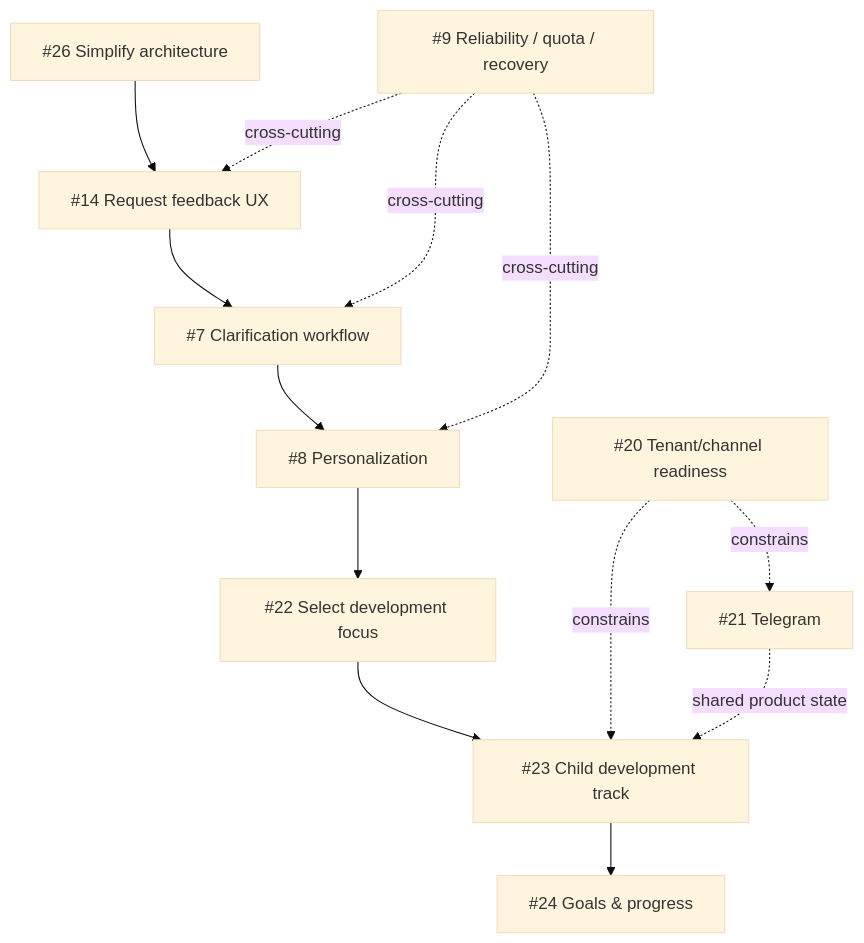
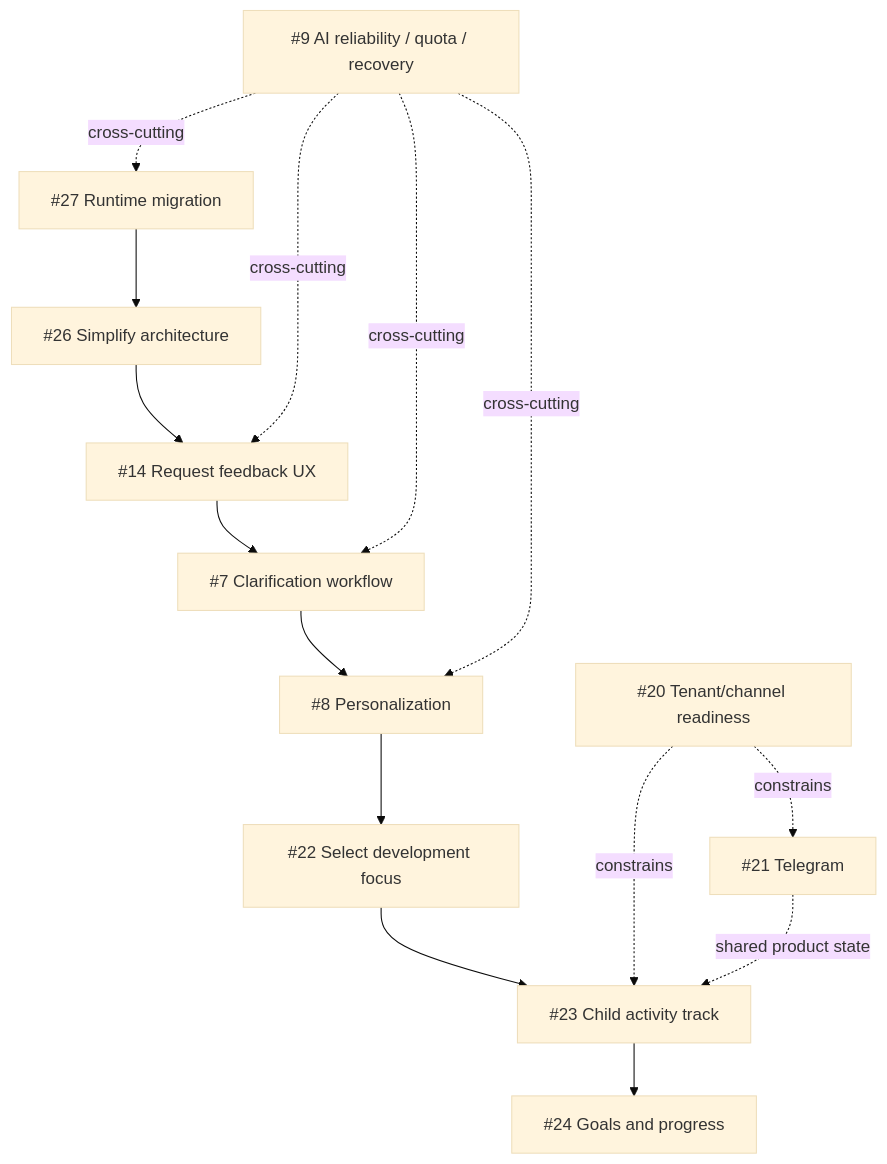
Before and after one commit to LukshinVI/game-of-the-day: the diagram in docs/product-roadmap.md, drawn with Mermaid (base theme). The commit also changed other lines of this file, not shown here.

Commit message:
docs: translate and refresh product roadmap

````diff
--- a/docs/product-roadmap.md
+++ b/docs/product-roadmap.md
@@ -158,18 +141,20 @@
 ```mermaid
 flowchart TD
-    A26[#26 Simplify architecture] --> F14[#14 Request feedback UX]
+    M27[#27 Runtime migration] --> A26[#26 Simplify architecture]
+    A26 --> F14[#14 Request feedback UX]
     F14 --> F7[#7 Clarification workflow]
     F7 --> F8[#8 Personalization]
 
     F8 --> F22[#22 Select development focus]
-    F22 --> F23[#23 Child development track]
-    F23 --> F24[#24 Goals & progress]
+    F22 --> F23[#23 Child activity track]
+    F23 --> F24[#24 Goals and progress]
 
-    R9[#9 Reliability / quota / recovery] -. cross-cutting .-> F14
+    R9[#9 AI reliability / quota / recovery] -. cross-cutting .-> M27
+    R9 -. cross-cutting .-> F14
     R9 -. cross-cutting .-> F7
     R9 -. cross-cutting .-> F8
 
     F20[#20 Tenant/channel readiness] -. constrains .-> F21[#21 Telegram]
     F20 -. constrains .-> F23
     F21 -. shared product state .-> F23
 ```
````
